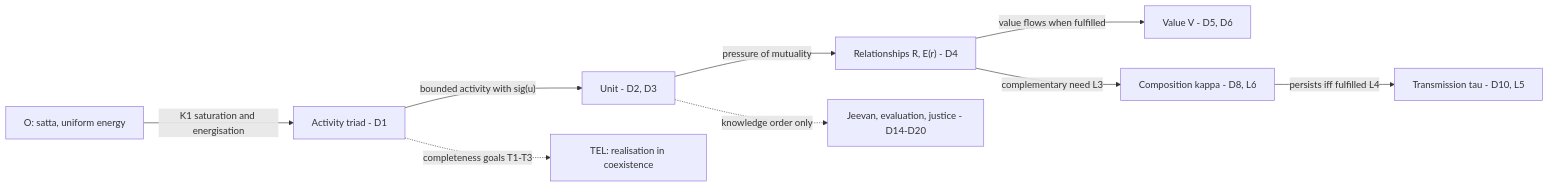
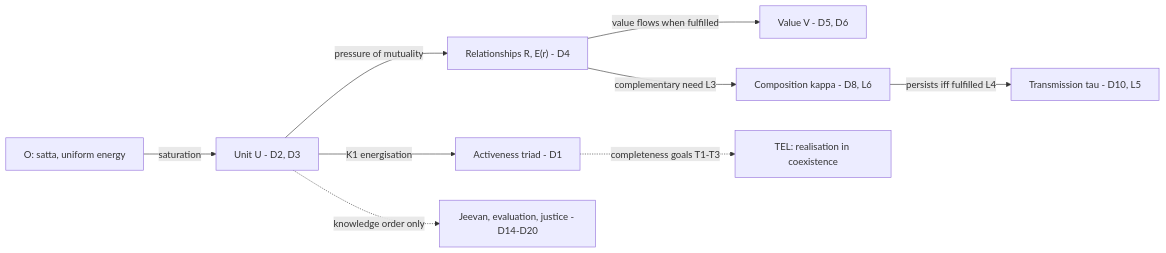
Before and after one commit to raghavamohan/AnalyticMadhyasthDarshan: the first of 2 diagrams in Studies/Coexistence-From-First-Principles/Coexistence-From-First-Principles.md, drawn with Mermaid. The commit also changed other lines of this file and 4 other files, not shown here.

````diff
--- a/Studies/Coexistence-From-First-Principles/Coexistence-From-First-Principles.md
+++ b/Studies/Coexistence-From-First-Principles/Coexistence-From-First-Principles.md
@@ -107,11 +115,11 @@
 ```mermaid
 flowchart LR
-    Osatta["O: satta, uniform energy"] -->|"K1 saturation and energisation"| Triad["Activity triad - D1"]
-    Triad -->|"bounded activity with sig(u)"| UnitNode["Unit - D2, D3"]
+    Osatta["O: satta, uniform energy"] -->|"saturation"| UnitNode["Unit U - D2, D3"]
+    UnitNode -->|"K1 energisation"| Triad["Activeness triad - D1"]
     UnitNode -->|"pressure of mutuality"| RelNode["Relationships R, E(r) - D4"]
     RelNode -->|"value flows when fulfilled"| ValNode["Value V - D5, D6"]
     RelNode -->|"complementary need L3"| Kappa["Composition kappa - D8, L6"]
     Kappa -->|"persists iff fulfilled L4"| Tau["Transmission tau - D10, L5"]
     Triad -.->|"completeness goals T1-T3"| Tel["TEL: realisation in coexistence"]
     UnitNode -.->|"knowledge order only"| KOrder["Jeevan, evaluation, justice - D14-D20"]
 ```
````
